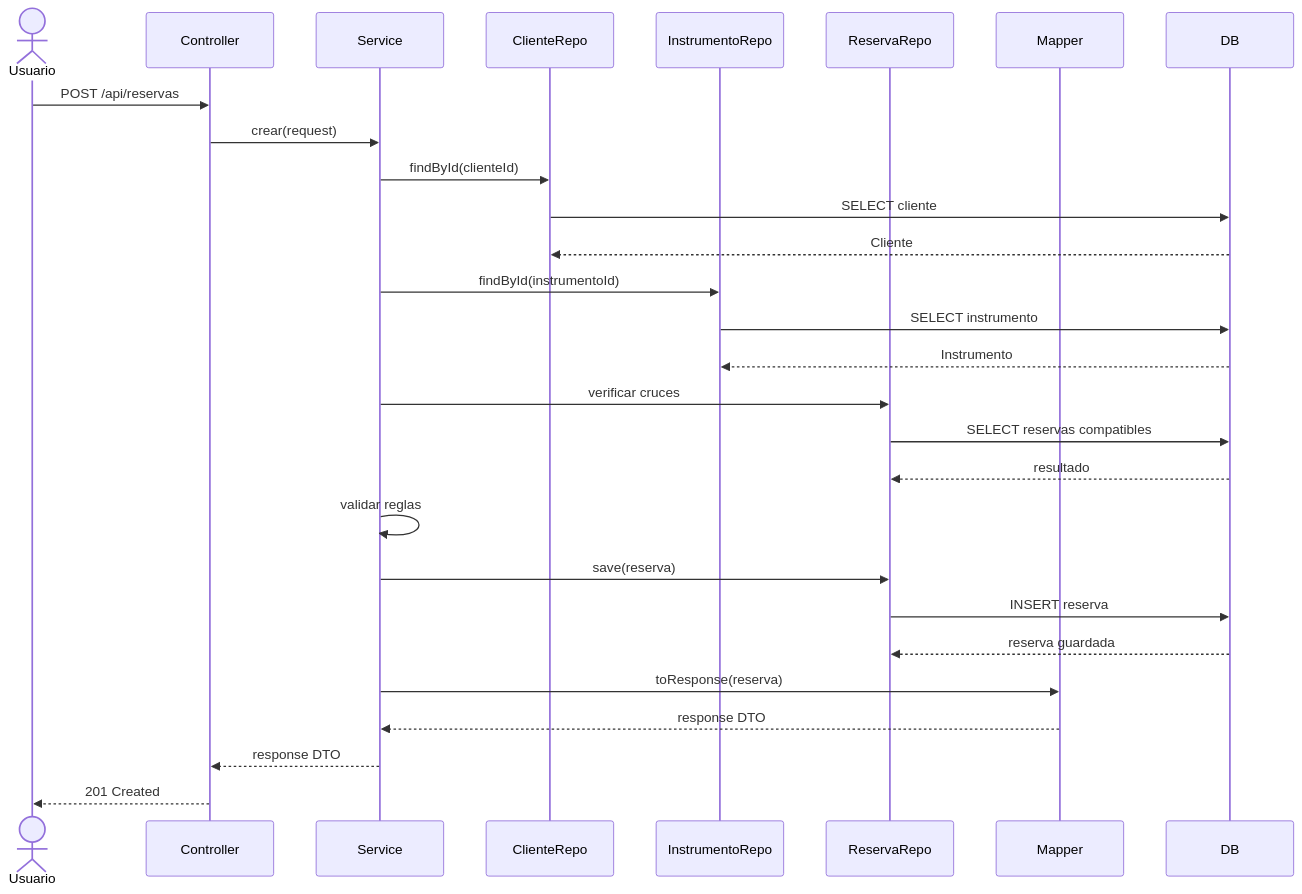
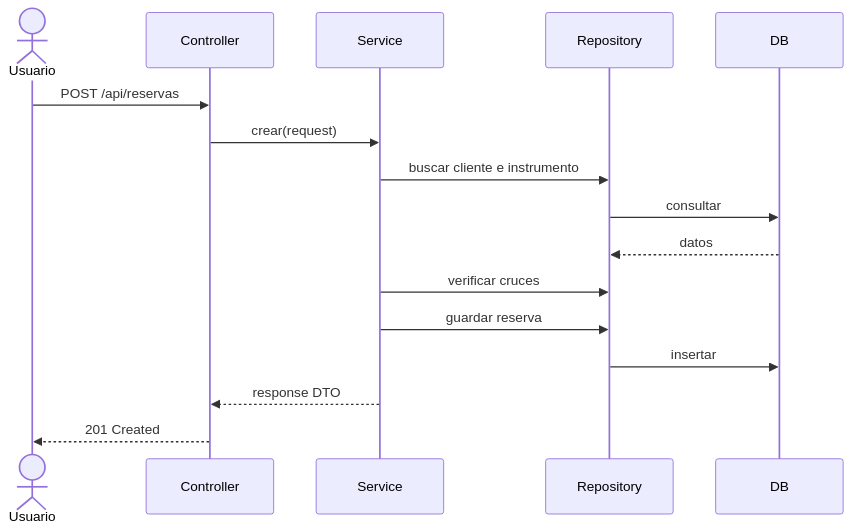
One commit to HectorARiascosI/musical-rent-api changed the sixth of 10 diagrams in PLAN_PROYECTO.md. Above: the diagram before and after it, drawn with Mermaid. The commit also changed other lines of this file, not shown here.

````diff
--- a/PLAN_PROYECTO.md
+++ b/PLAN_PROYECTO.md
@@ -2125,31 +813,18 @@
 ```mermaid
 sequenceDiagram
-  actor Usuario
-  participant Controller
-  participant Service
-  participant ClienteRepo
-  participant InstrumentoRepo
-  participant ReservaRepo
-  participant Mapper
-  participant DB
-
-  Usuario->>Controller: POST /api/reservas
-  Controller->>Service: crear(request)
-  Service->>ClienteRepo: findById(clienteId)
-  ClienteRepo->>DB: SELECT cliente
-  DB-->>ClienteRepo: Cliente
-  Service->>InstrumentoRepo: findById(instrumentoId)
-  InstrumentoRepo->>DB: SELECT instrumento
-  DB-->>InstrumentoRepo: Instrumento
-  Service->>ReservaRepo: verificar cruces
-  ReservaRepo->>DB: SELECT reservas compatibles
-  DB-->>ReservaRepo: resultado
-  Service->>Service: validar reglas
-  Service->>ReservaRepo: save(reserva)
-  ReservaRepo->>DB: INSERT reserva
-  DB-->>ReservaRepo: reserva guardada
-  Service->>Mapper: toResponse(reserva)
-  Mapper-->>Service: response DTO
-  Service-->>Controller: response DTO
-  Controller-->>Usuario: 201 Created
+    actor Usuario
+    participant Controller
+    participant Service
+    participant Repository
+    participant DB
+    Usuario->>Controller: POST /api/reservas
+    Controller->>Service: crear(request)
+    Service->>Repository: buscar cliente e instrumento
+    Repository->>DB: consultar
+    DB-->>Repository: datos
+    Service->>Repository: verificar cruces
+    Service->>Repository: guardar reserva
+    Repository->>DB: insertar
+    Service-->>Controller: response DTO
+    Controller-->>Usuario: 201 Created
 ```
````
